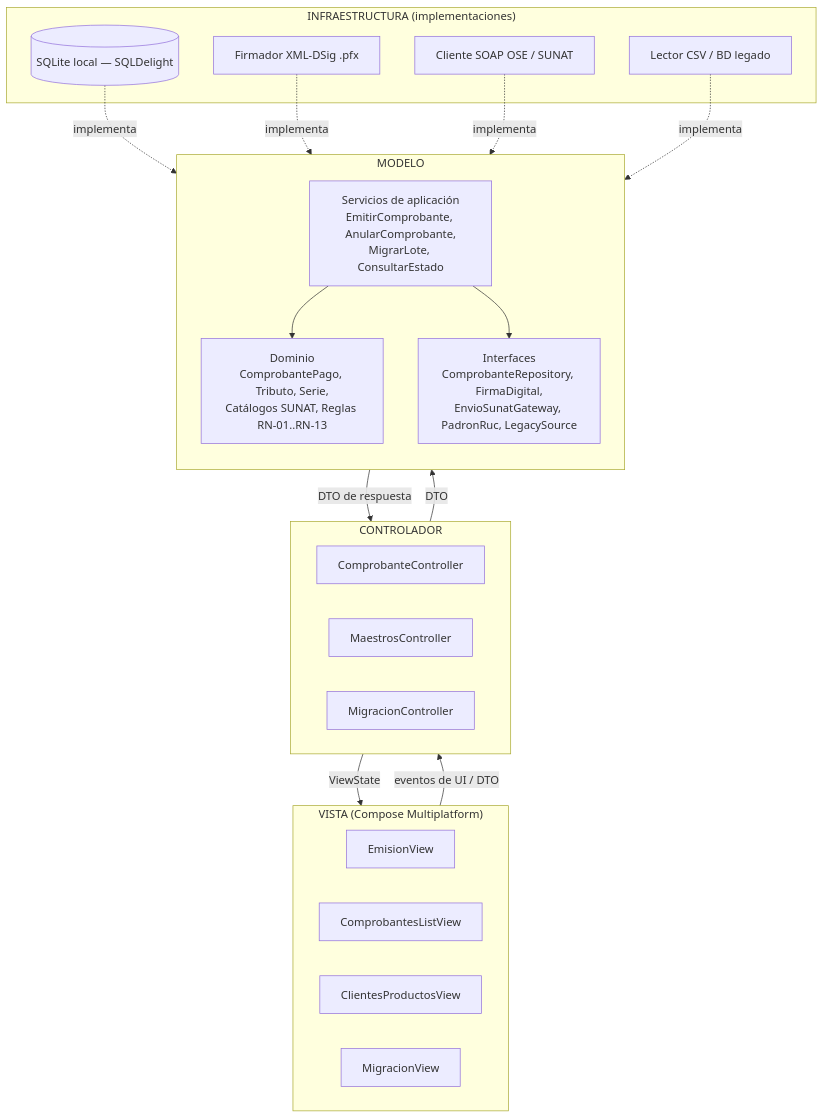
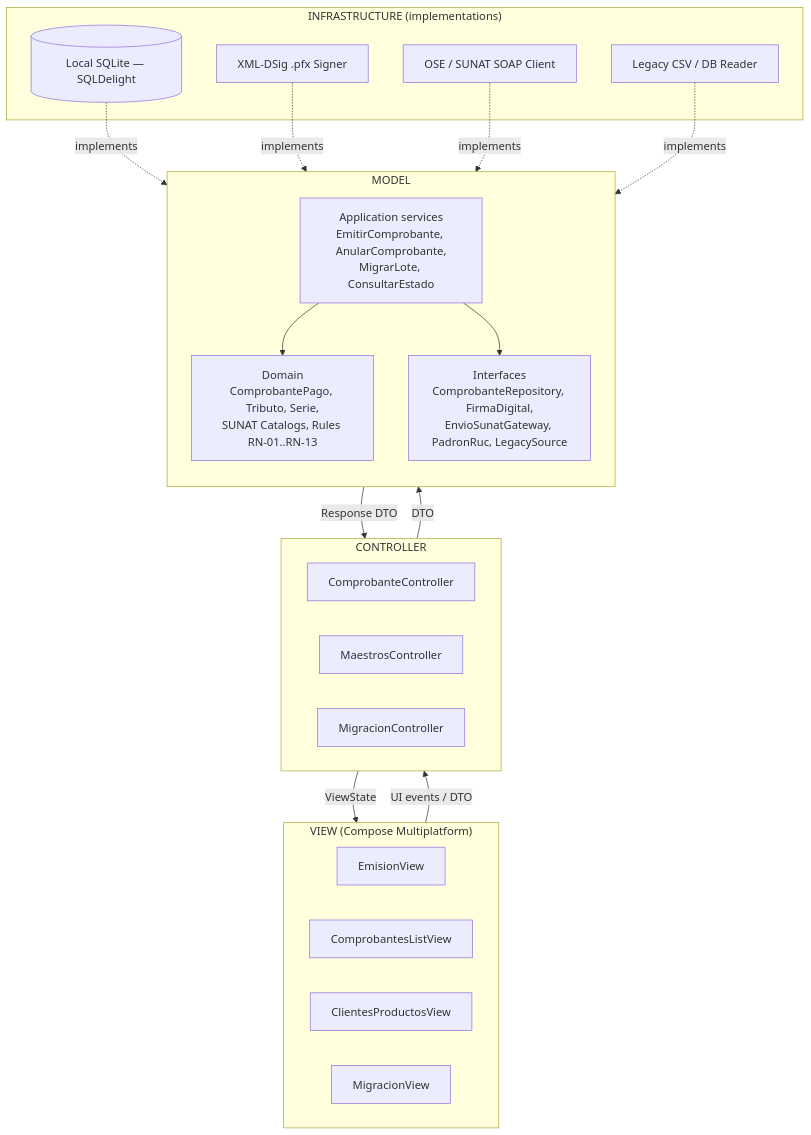
Before and after one commit to Zahir1332007/MD-Arquitectura: the second of 7 diagrams in docs/02_ARQUITECTURA.md, drawn with Mermaid. The commit also changed other lines of this file and 16 other files, not shown here.

````diff
--- a/docs/02_ARQUITECTURA.md
+++ b/docs/02_ARQUITECTURA.md
@@ -22,36 +22,36 @@
 ```mermaid
 flowchart TB
-    subgraph V["VISTA (Compose Multiplatform)"]
+    subgraph V["VIEW (Compose Multiplatform)"]
         V1[EmisionView]
         V2[ComprobantesListView]
         V3[ClientesProductosView]
         V4[MigracionView]
     end
-    subgraph C["CONTROLADOR"]
+    subgraph C["CONTROLLER"]
         C1[ComprobanteController]
         C2[MaestrosController]
         C3[MigracionController]
     end
-    subgraph M["MODELO"]
+    subgraph M["MODEL"]
         direction TB
-        S1["Servicios de aplicación<br/>EmitirComprobante, AnularComprobante,<br/>MigrarLote, ConsultarEstado"]
-        D1["Dominio<br/>ComprobantePago, Tributo, Serie,<br/>Catálogos SUNAT, Reglas RN-01..RN-13"]
+        S1["Application services<br/>EmitirComprobante, AnularComprobante,<br/>MigrarLote, ConsultarEstado"]
+        D1["Domain<br/>ComprobantePago, Tributo, Serie,<br/>SUNAT Catalogs, Rules RN-01..RN-13"]
         R1["Interfaces<br/>ComprobanteRepository, FirmaDigital,<br/>EnvioSunatGateway, PadronRuc, LegacySource"]
         S1 --> D1
         S1 --> R1
     end
-    subgraph I["INFRAESTRUCTURA (implementaciones)"]
-        I1[(SQLite local — SQLDelight)]
-        I2[Firmador XML-DSig .pfx]
-        I3[Cliente SOAP OSE / SUNAT]
-        I4[Lector CSV / BD legado]
+    subgraph I["INFRASTRUCTURE (implementations)"]
+        I1[(Local SQLite — SQLDelight)]
+        I2[XML-DSig .pfx Signer]
+        I3[OSE / SUNAT SOAP Client]
+        I4[Legacy CSV / DB Reader]
     end
-    V -- "eventos de UI / DTO" --> C
+    V -- "UI events / DTO" --> C
     C -- "DTO" --> S1
-    S1 -- "DTO de respuesta" --> C
+    S1 -- "Response DTO" --> C
     C -- "ViewState" --> V
-    I1 -. implementa .-> R1
-    I2 -. implementa .-> R1
-    I3 -. implementa .-> R1
-    I4 -. implementa .-> R1
+    I1 -. implements .-> R1
+    I2 -. implements .-> R1
+    I3 -. implements .-> R1
+    I4 -. implements .-> R1
 ```
````
